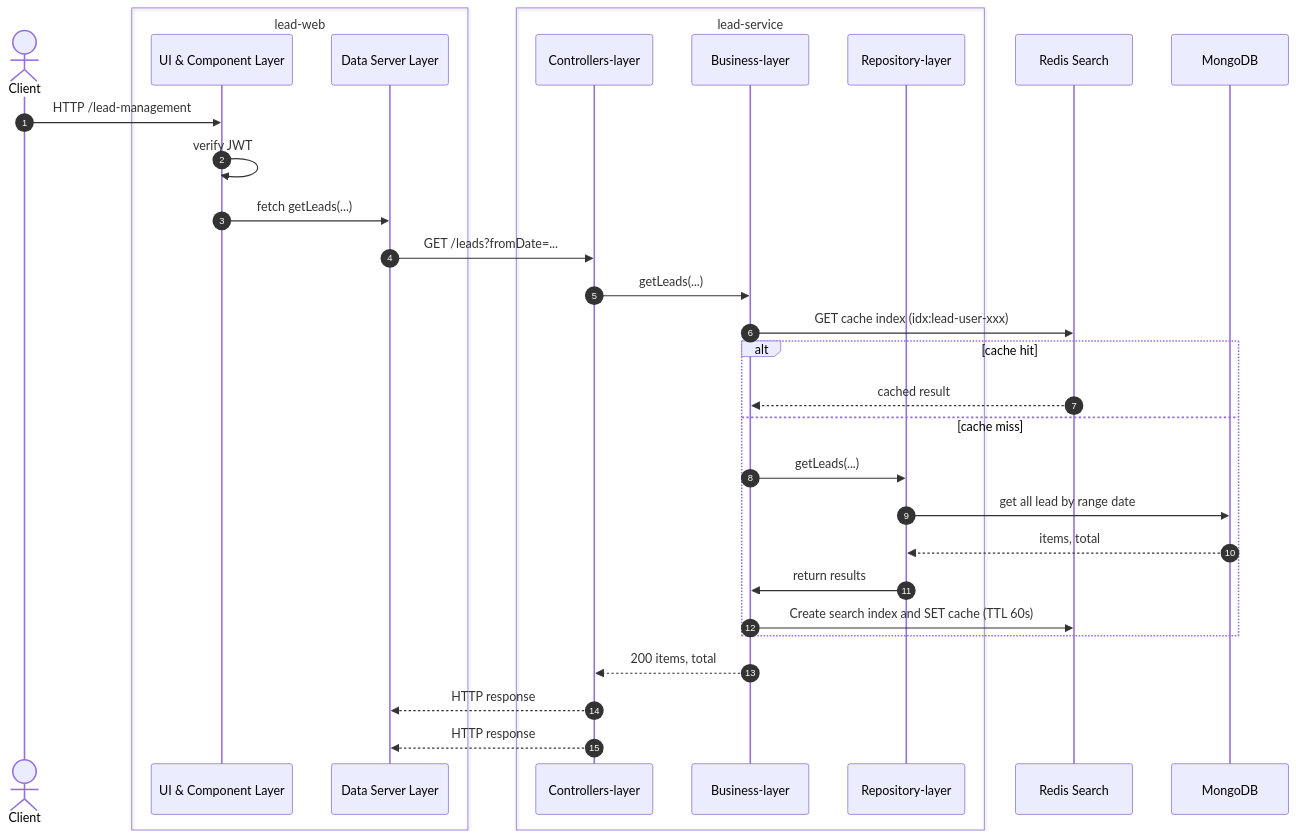
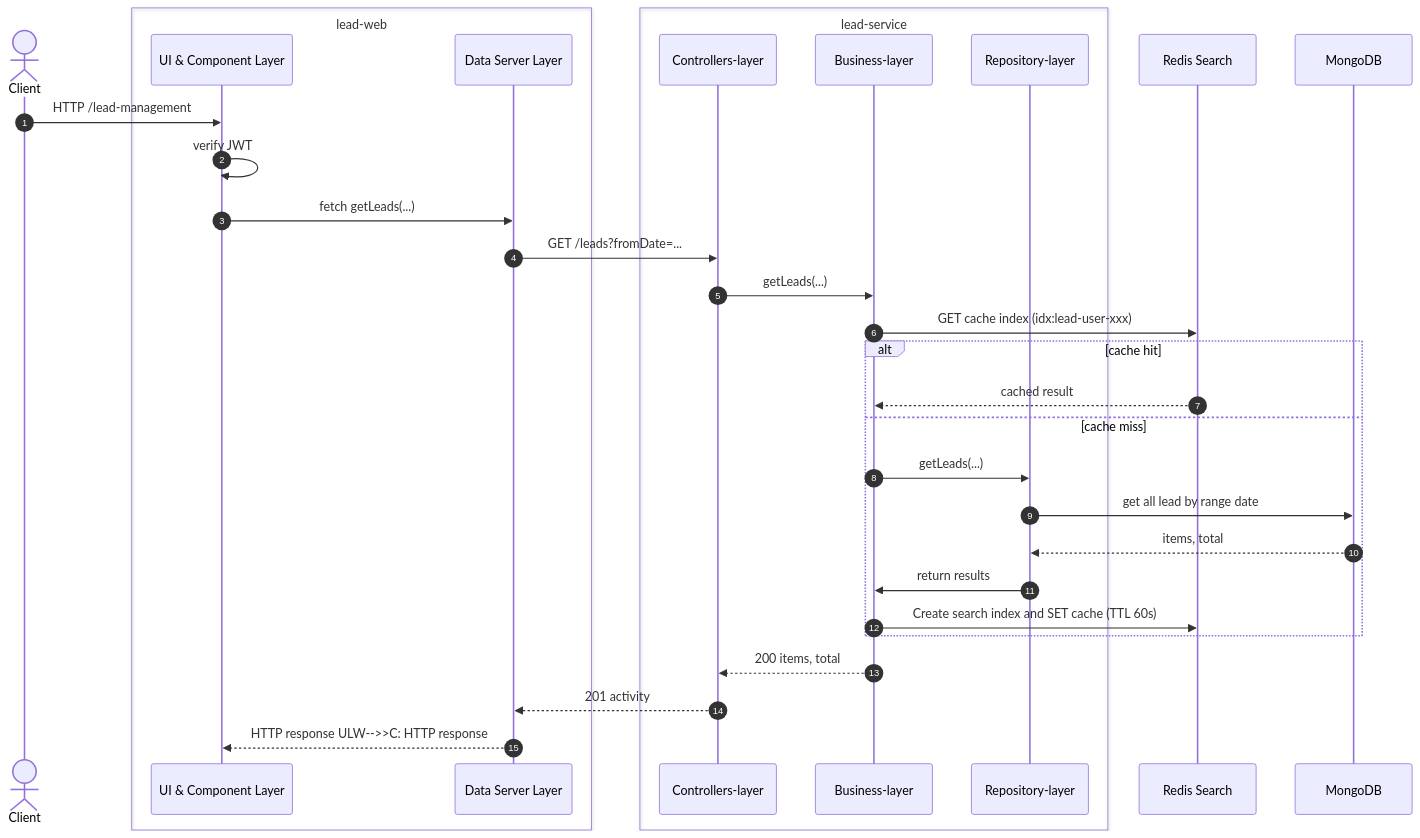
Before and after one commit to quocthuanth92/lead-management-tool: the second of 5 diagrams in docs/system-design-architecture.md, drawn with Mermaid. The commit also changed other lines of this file and 5 other files, not shown here.

````diff
--- a/docs/system-design-architecture.md
+++ b/docs/system-design-architecture.md
@@ -112,34 +112,34 @@
 ```mermaid  
 sequenceDiagram  
     autonumber
     actor C as Client
     box lead-web
     participant ULW as UI & Component Layer 
     participant DLW as Data Server Layer
     end
     box lead-service
     participant CL as Controllers-layer  
     participant BL as Business-layer
     participant RL as Repository-layer 
     end
     participant R as Redis Search
     participant M as MongoDB  
     C->>ULW: HTTP /lead-management      
     ULW->>ULW: verify JWT
     ULW->>DLW: fetch getLeads(...)
     DLW->>CL: GET /leads?fromDate=...  
     CL->>BL: getLeads(...)  
     BL->>R: GET cache index (idx:lead-user-xxx)
     alt cache hit
         R-->>BL: cached result
     else cache miss
         BL->>RL: getLeads(...)
         RL->>M: get all lead by range date
         M-->>RL: items, total
         RL->>BL: return results
         BL->>R: Create search index and SET cache (TTL 60s)
     end
     BL-->>CL: 200 items, total  
-    CL-->>DLW: HTTP response  
-    CL-->>DLW: HTTP response
+    CL-->>DLW: 201 activity  
+    DLW-->>ULW: HTTP response      ULW-->>C: HTTP response
 ```
````
